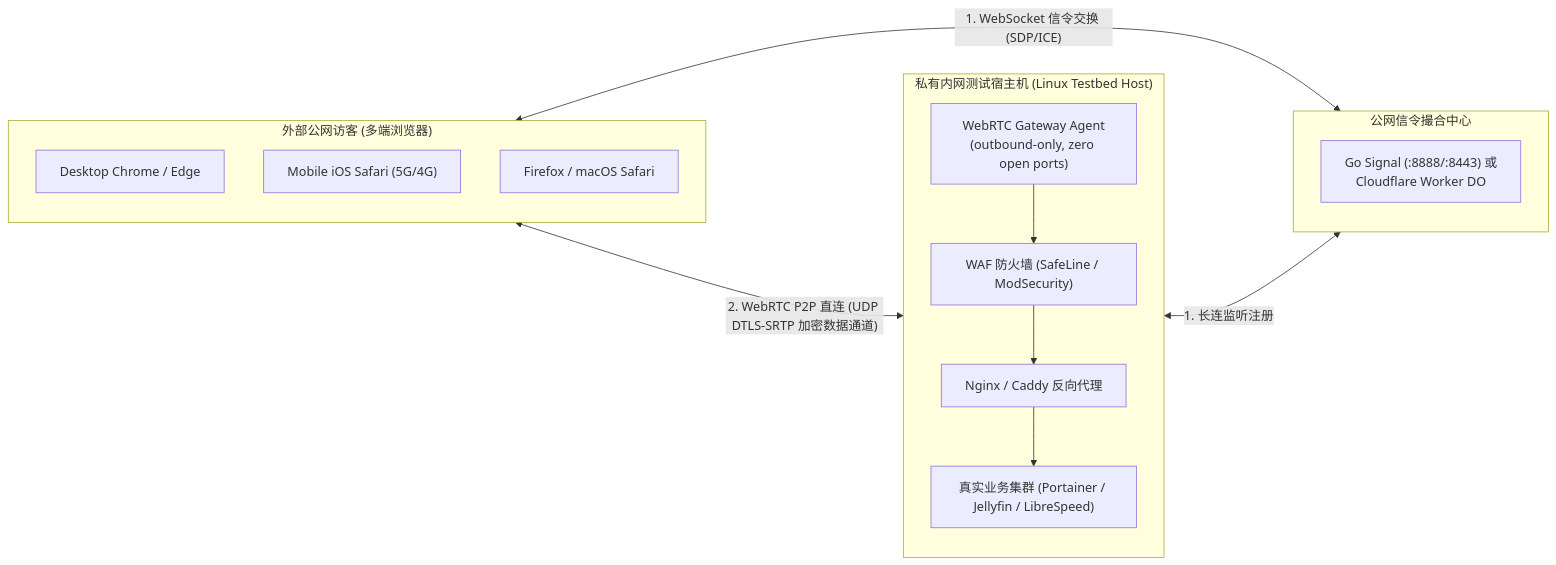
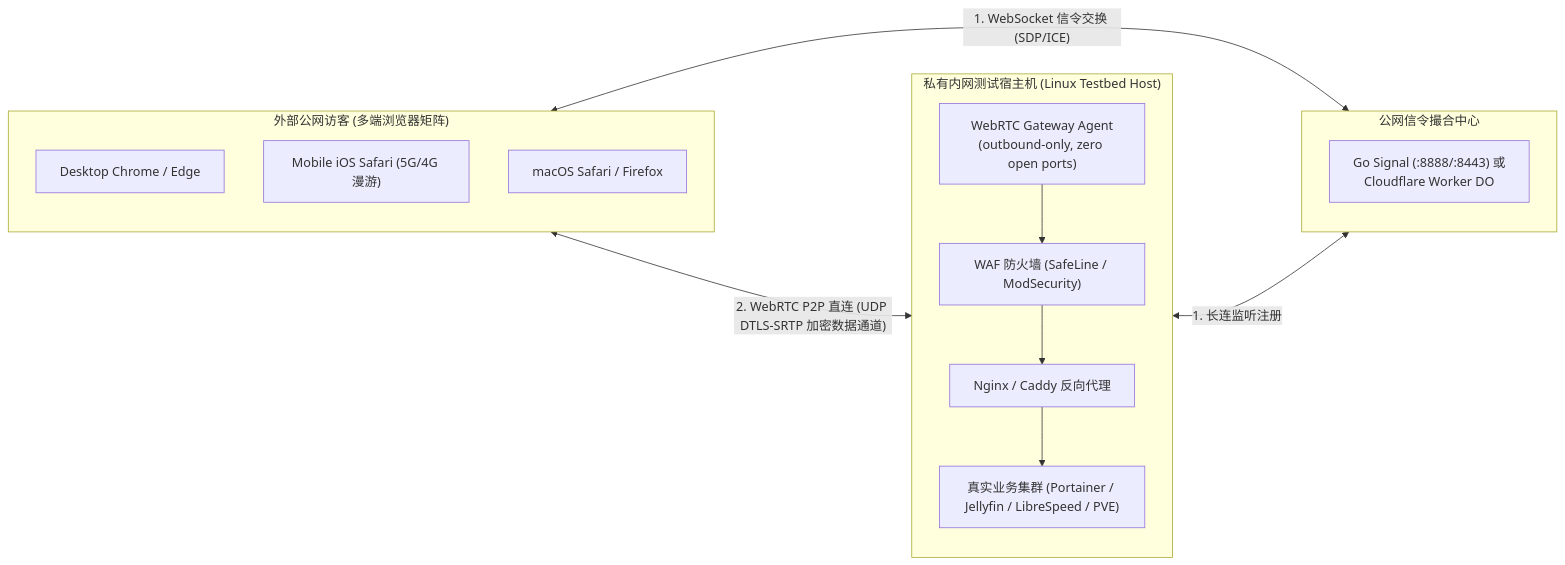
One commit to BeingNoAbility/WebRTC-Gateway changed the fourth of 4 diagrams in docs/TESTING_CHECKLIST.md. Above: the diagram before and after it, drawn with Mermaid. The commit also changed other lines of this file and 2 other files, not shown here.

Commit message:
test: upgrade real-world testing checklist to 2.0 and enhance browser matrix runner

````diff
--- a/docs/TESTING_CHECKLIST.md
+++ b/docs/TESTING_CHECKLIST.md
@@ -30,25 +83,25 @@
 ```mermaid
 flowchart LR
-    subgraph External_Visitors["外部公网访客 (多端浏览器)"]
+    subgraph External_Visitors["外部公网访客 (多端浏览器矩阵)"]
         BrowserA["Desktop Chrome / Edge"]
-        BrowserB["Mobile iOS Safari (5G/4G)"]
-        BrowserC["Firefox / macOS Safari"]
+        BrowserB["Mobile iOS Safari (5G/4G 漫游)"]
+        BrowserC["macOS Safari / Firefox"]
     end
 
     subgraph Public_Signaling["公网信令撮合中心"]
         Signal["Go Signal (:8888/:8443) 或<br/>Cloudflare Worker DO"]
     end
 
     subgraph Private_Homelab["私有内网测试宿主机 (Linux Testbed Host)"]
         Agent["WebRTC Gateway Agent<br/>(outbound-only, zero open ports)"]
         WAF["WAF 防火墙 (SafeLine / ModSecurity)"]
         ReverseProxy["Nginx / Caddy 反向代理"]
-        Apps["真实业务集群 (Portainer / Jellyfin / LibreSpeed)"]
+        Apps["真实业务集群 (Portainer / Jellyfin / LibreSpeed / PVE)"]
 
         Agent --> WAF --> ReverseProxy --> Apps
     end
 
     External_Visitors <-->|"1. WebSocket 信令交换 (SDP/ICE)"| Public_Signaling
     Private_Homelab <-->|"1. 长连监听注册"| Public_Signaling
     External_Visitors <-->|"2. WebRTC P2P 直连 (UDP DTLS-SRTP 加密数据通道)"| Private_Homelab
 ```
````
